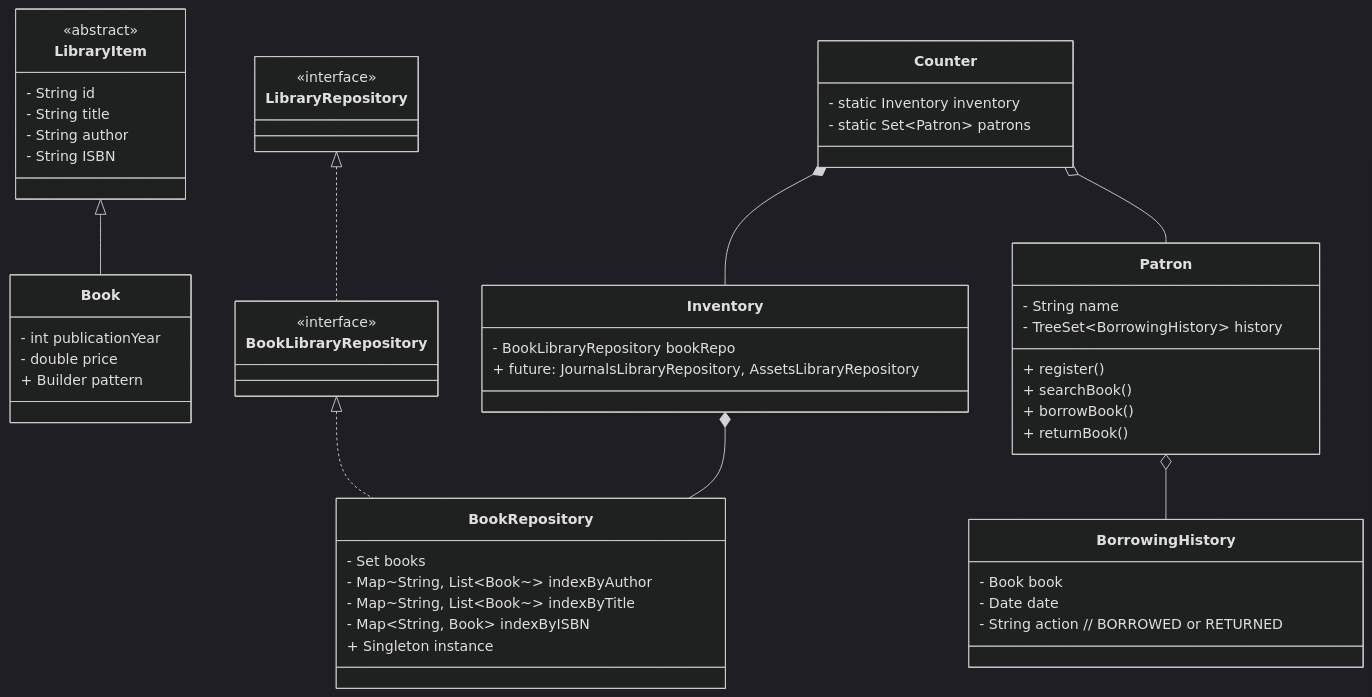
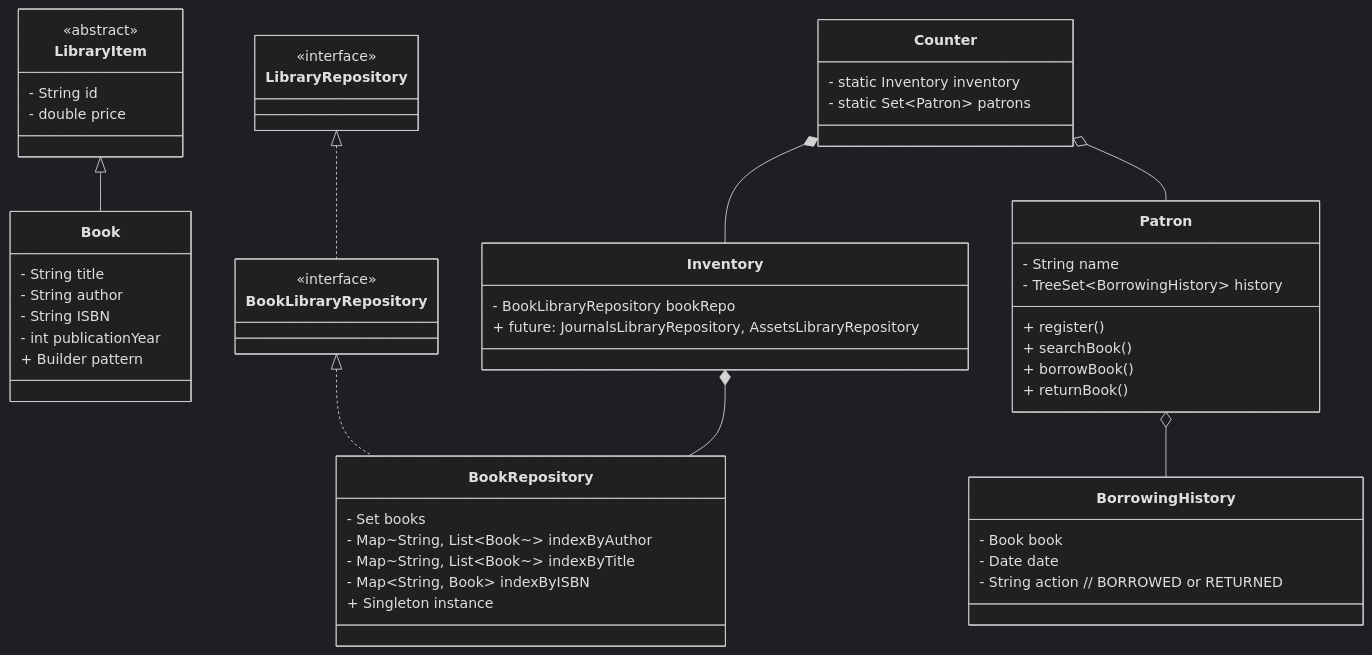
The diagram in Readme.md (faisal1025/AirtribeLMS), drawn with Mermaid (dark theme) before and after one commit. The commit also changed other lines of this file and 3 other files, not shown here.

````diff
--- a/Readme.md
+++ b/Readme.md
@@ -89,63 +89,63 @@
 ```mermaid
 classDiagram
     class LibraryItem {
       <<abstract>>
       - String id
+      - double price
+    }
+    class Book {
       - String title
       - String author
       - String ISBN
-    }
-    class Book {
       - int publicationYear
-      - double price
       + Builder pattern
     }
     LibraryItem <|-- Book
 
     class LibraryRepository {
       <<interface>>
     }
     class BookLibraryRepository {
       <<interface>>
     }
     class BookRepository {
       - Set<Book> books
       - Map~String, List~Book~~ indexByAuthor
       - Map~String, List~Book~~ indexByTitle
       - Map~String, Book~ indexByISBN
       + Singleton instance
     }
     LibraryRepository <|.. BookLibraryRepository
     BookLibraryRepository <|.. BookRepository
 
     class Inventory {
       - BookLibraryRepository bookRepo
       + future: JournalsLibraryRepository, AssetsLibraryRepository
     }
 
     class Counter {
       - static Inventory inventory
       - static Set~Patron~ patrons
     }
 
     class Patron {
       - String name
       - TreeSet~BorrowingHistory~ history
       + register()
       + searchBook()
       + borrowBook()
       + returnBook()
     }
 
     class BorrowingHistory {
       - Book book
       - Date date
       - String action  // BORROWED or RETURNED
     }
 
     Inventory *-- BookRepository
     Counter *-- Inventory
     Counter o-- Patron
     Patron o-- BorrowingHistory
     
 ```
````
